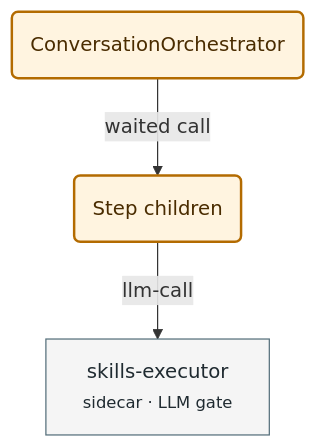
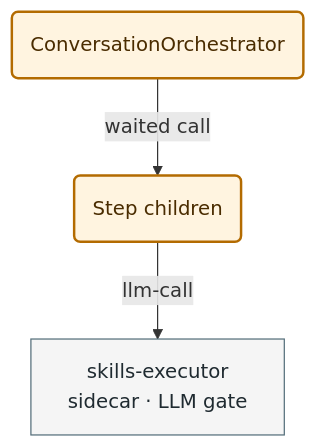
Before and after one commit to MatrixFounder/Agentic-development: the seventh of 14 diagrams in .agent/skills/mermaid-authoring-guidelines/references/paired-examples.md, drawn with Mermaid. The commit also changed other lines of this file and 41 other files, not shown here.

````diff
--- a/.agent/skills/mermaid-authoring-guidelines/references/paired-examples.md
+++ b/.agent/skills/mermaid-authoring-guidelines/references/paired-examples.md
@@ -350,15 +363,15 @@
 ```mermaid
-%%{init: {"layout": "dagre", "look": "classic", "flowchart": {"nodeSpacing": 45, "rankSpacing": 55, "wrappingWidth": 400}}}%%
+%%{init: {"layout": "dagre", "look": "classic", "flowchart": {"nodeSpacing": 45, "rankSpacing": 55, "wrappingWidth": 400}, "themeCSS": "foreignObject { overflow: visible; }"}}%%
 flowchart TB
   accTitle: Step children and the sidecar
   accDescr: The runner waits for the step children, which call skills-executor.
   RUN("ConversationOrchestrator")
   CH("Step children")
-  SE["skills-executor<br/><small>sidecar · LLM gate</small>"]
+  SE["skills-executor<br/>sidecar · LLM gate"]
   RUN -->|"waited call"| CH
   CH -->|"llm-call"| SE
   classDef wfNew fill:#FFF4E0,stroke:#B36B00,color:#4A2C00,stroke-width:2px
   classDef svc fill:#F5F5F5,stroke:#546E7A,color:#1F2A30
   class RUN,CH wfNew
   class SE svc
 ```
````
